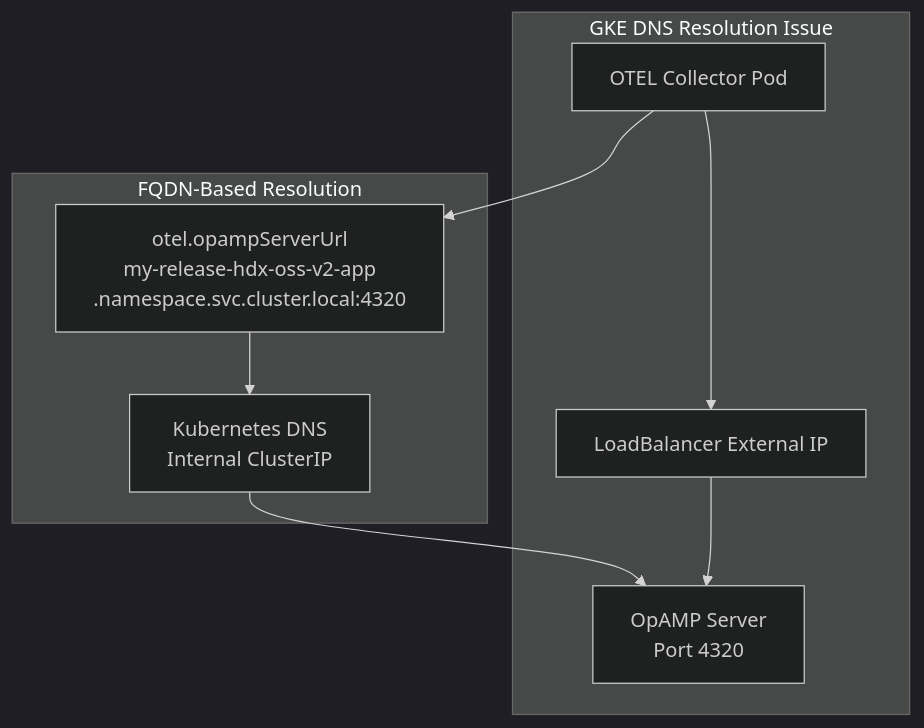
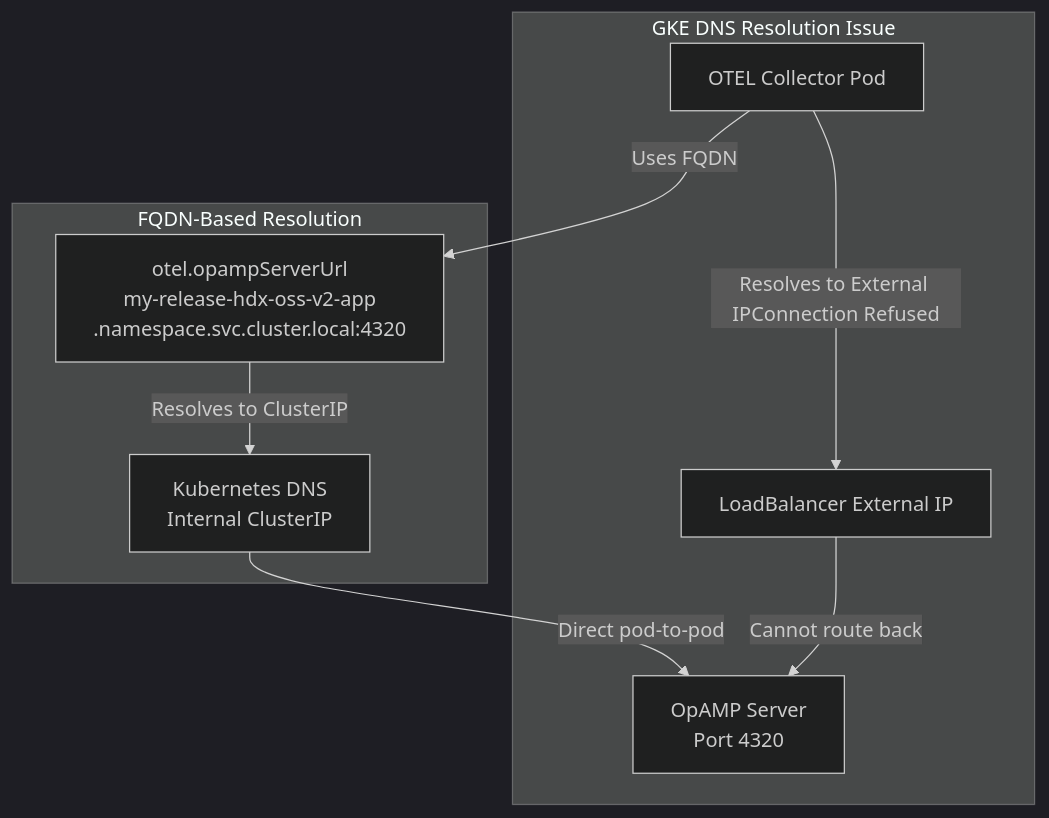
One commit to openchoreo/openchoreo changed the fifth of 6 diagrams in docs/hyperdxio-helm-charts-docs/Deployment-Scenarios.md. Above: the diagram before and after it, drawn with Mermaid (dark theme). The commit also changed other lines of this file and 85 other files, not shown here.

Commit message:
feat: Add new workflow and specification templates, update Helm chart dependencies, and clarify documentation diagrams.

````diff
--- a/docs/hyperdxio-helm-charts-docs/Deployment-Scenarios.md
+++ b/docs/hyperdxio-helm-charts-docs/Deployment-Scenarios.md
@@ -412,26 +412,26 @@
 ```mermaid
 flowchart TD
 
 OTEL["OTEL Collector Pod"]
 LB["LoadBalancer External IP"]
 OpAMP["OpAMP Server<br>Port 4320"]
 FQDN["otel.opampServerUrl<br>my-release-hdx-oss-v2-app<br>.namespace.svc.cluster.local:4320"]
 K8sDNS["Kubernetes DNS<br>Internal ClusterIP"]
 
-OTEL --> FQDN
-K8sDNS --> OpAMP
+OTEL -->|"Uses FQDN"| FQDN
+K8sDNS -->|"Direct pod-to-pod"| OpAMP
 
 subgraph Solution ["FQDN-Based Resolution"]
     FQDN
     K8sDNS
-    FQDN --> K8sDNS
+    FQDN -->|"Resolves to ClusterIP"| K8sDNS
 end
 
 subgraph Problem ["GKE DNS Resolution Issue"]
     OTEL
     LB
     OpAMP
-    OTEL --> LB
-    LB --> OpAMP
+    OTEL -->|"Resolves to External IPConnection Refused"| LB
+    LB -->|"Cannot route back"| OpAMP
 end
 ```
````
